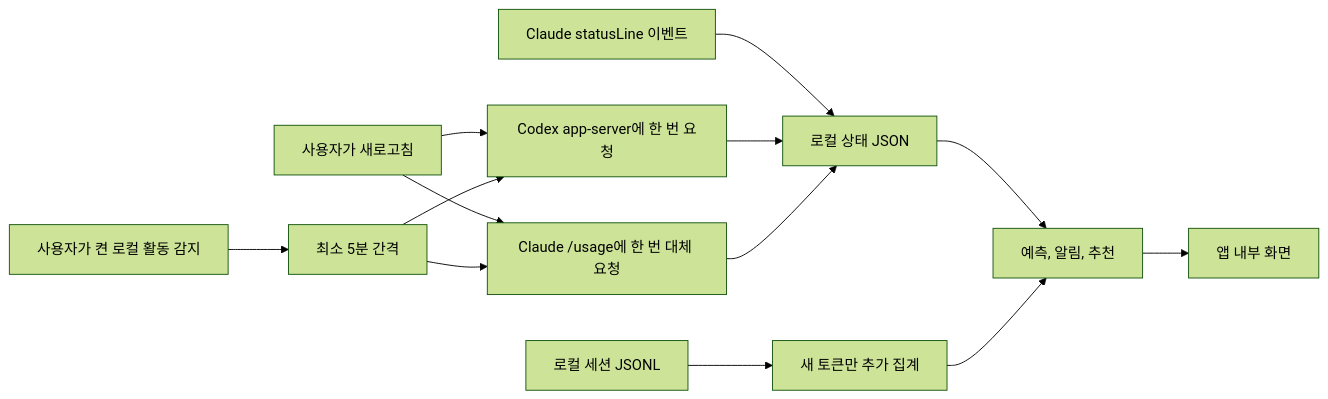
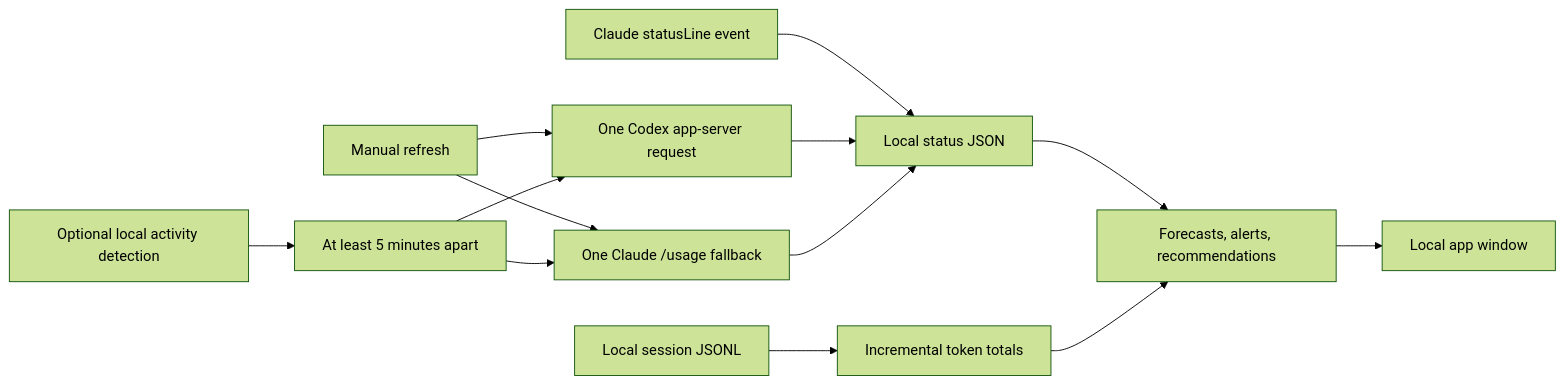
One commit to Kyuhan1230/ai-usage-monitor changed the diagram in README.md. Above: the diagram before and after it, drawn with Mermaid (forest theme). The commit also changed other lines of this file and 14 other files, not shown here.

````diff
--- a/README.md
+++ b/README.md
@@ -155,15 +141,15 @@
 ```mermaid
 flowchart LR
-    A["사용자가 새로고침"] --> B["Codex app-server에 한 번 요청"]
-    A --> C["Claude /usage에 한 번 대체 요청"]
-    J["사용자가 켠 로컬 활동 감지"] --> K["최소 5분 간격"]
-    K --> B
-    K --> C
-    D["Claude statusLine 이벤트"] --> E["로컬 상태 JSON"]
-    B --> E
-    C --> E
-    F["로컬 세션 JSONL"] --> G["새 토큰만 추가 집계"]
-    E --> H["예측, 알림, 추천"]
-    G --> H
-    H --> I["앱 내부 화면"]
+    A["Manual refresh"] --> B["One Codex app-server request"]
+    A --> C["One Claude /usage fallback"]
+    D["Optional local activity detection"] --> E["At least 5 minutes apart"]
+    E --> B
+    E --> C
+    F["Claude statusLine event"] --> G["Local status JSON"]
+    B --> G
+    C --> G
+    H["Local session JSONL"] --> I["Incremental token totals"]
+    G --> J["Forecasts, alerts, recommendations"]
+    I --> J
+    J --> K["Local app window"]
 ```
````
